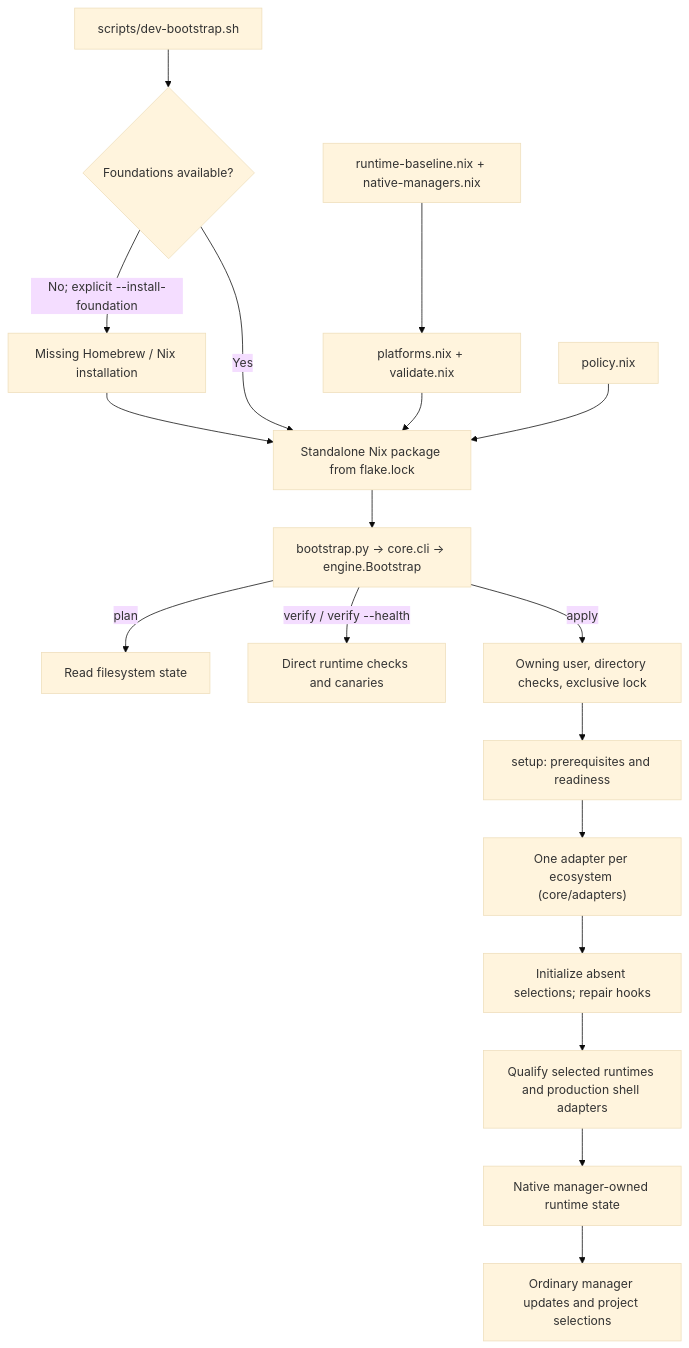
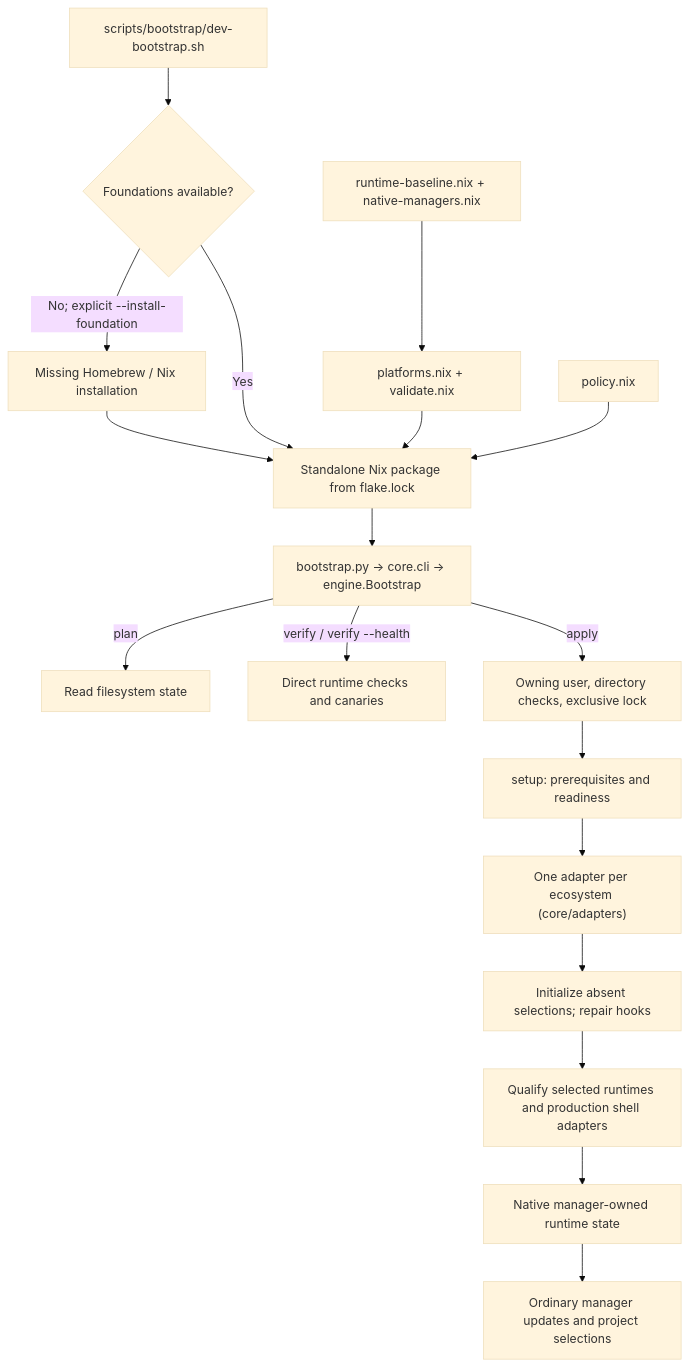
One commit to LCS-Dev-Ergos/Dotfiles changed the diagram in home/dev/bootstrap/README.md. Above: the diagram before and after it, drawn with Mermaid (base theme). The commit also changed other lines of this file and 28 other files, not shown here.

````diff
--- a/home/dev/bootstrap/README.md
+++ b/home/dev/bootstrap/README.md
@@ -31,20 +32,20 @@
 ```mermaid
 flowchart TD
-    Entry["scripts/dev-bootstrap.sh"] --> Foundation{"Foundations available?"}
+    Entry["scripts/bootstrap/dev-bootstrap.sh"] --> Foundation{"Foundations available?"}
     Foundation -->|No; explicit --install-foundation| Foundations["Missing Homebrew / Nix installation"]
     Foundations --> Package
     Foundation -->|Yes| Package["Standalone Nix package from flake.lock"]
     Baseline["runtime-baseline.nix + native-managers.nix"] --> Validation["platforms.nix + validate.nix"]
     Validation --> Package
     Policy["policy.nix"] --> Package
     Package --> CLI["bootstrap.py → core.cli → engine.Bootstrap"]
     CLI -->|plan| Inspect["Read filesystem state"]
     CLI -->|verify / verify --health| Verify["Direct runtime checks and canaries"]
     CLI -->|apply| Guard["Owning user, directory checks, exclusive lock"]
     Guard --> Setup["setup: prerequisites and readiness"]
     Setup --> Adapters["One adapter per ecosystem (core/adapters)"]
     Adapters --> Defaults["Initialize absent selections; repair hooks"]
     Defaults --> Shell["Qualify selected runtimes and production shell adapters"]
     Shell --> Native["Native manager-owned runtime state"]
     Native --> Updates["Ordinary manager updates and project selections"]
 ```
````
